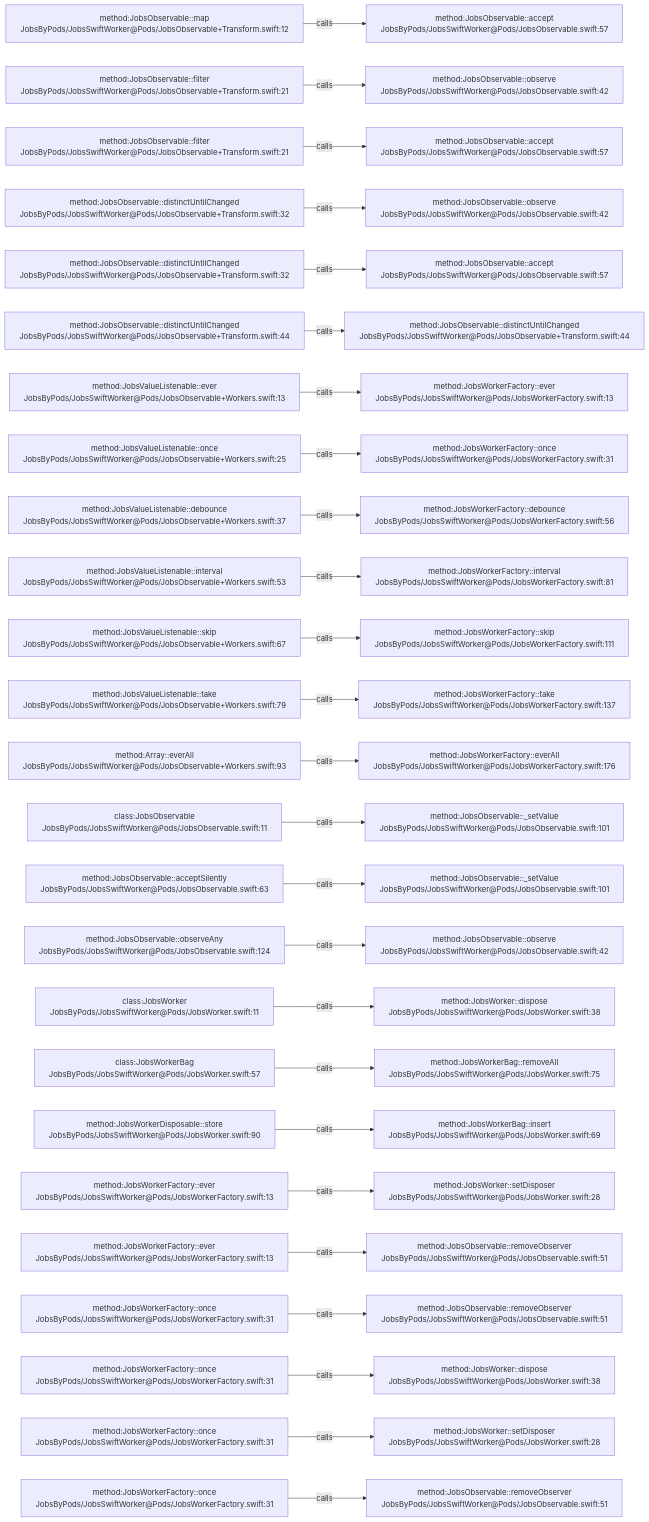
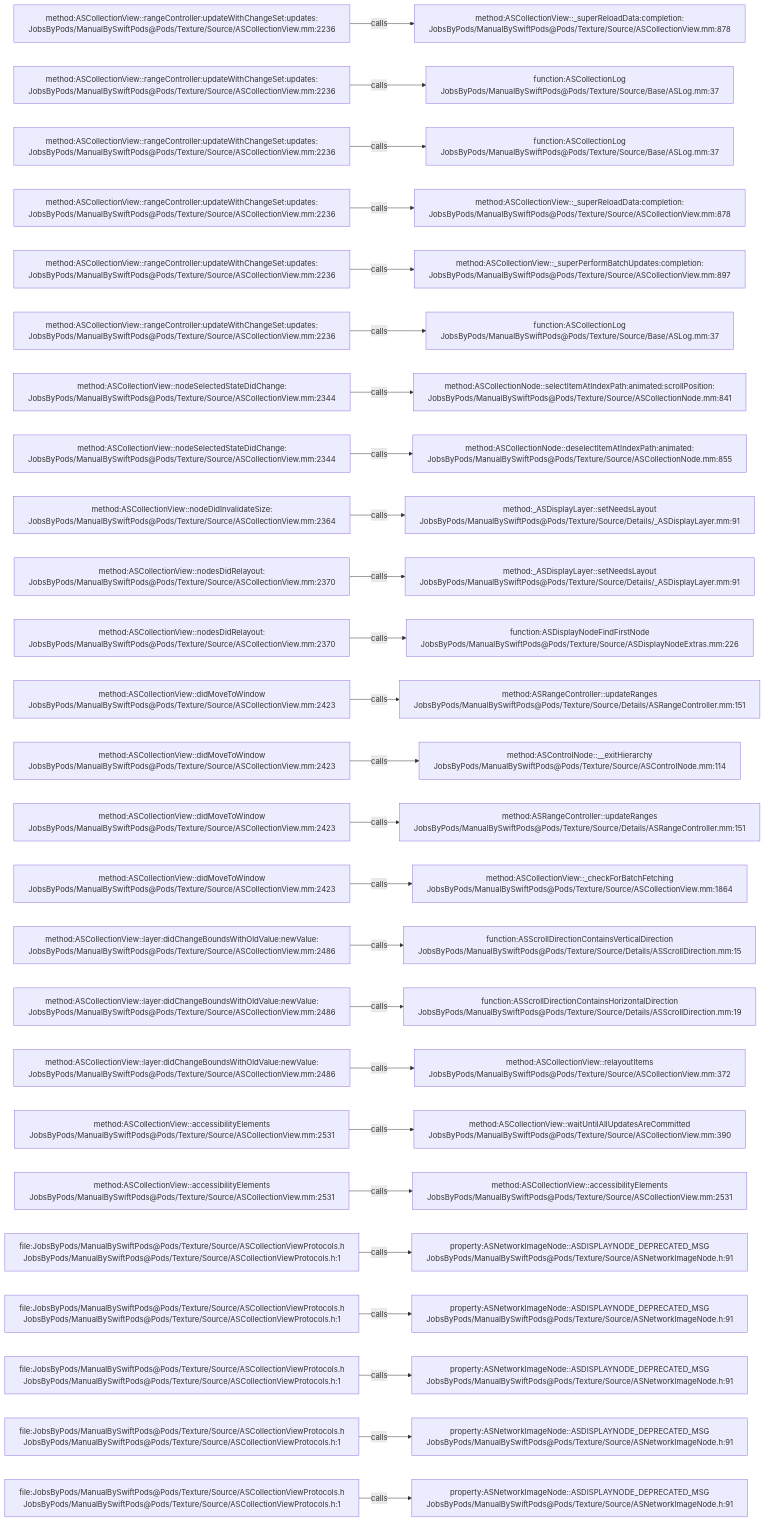
One commit to JobsKits/JobsSwiftBaseConfigDemo changed the diagram in .codegraph/codegraph.md/graphs/calls-015.md. Above: the diagram before and after it, drawn with Mermaid. The commit also changed 832 other files, not shown here.

````diff
--- a/.codegraph/codegraph.md/graphs/calls-015.md
+++ b/.codegraph/codegraph.md/graphs/calls-015.md
@@ -13,78 +13,78 @@
 ```mermaid
 flowchart LR
-  S1["method:JobsObservable::map<br/>JobsByPods/JobsSwiftWorker@Pods/JobsObservable+Transform.swift:12"]
-  T1["method:JobsObservable::accept<br/>JobsByPods/JobsSwiftWorker@Pods/JobsObservable.swift:57"]
+  S1["method:ASCollectionView::rangeController:updateWithChangeSet:updates:<br/>JobsByPods/ManualBySwiftPods@Pods/Texture/Source/ASCollectionView.mm:2236"]
+  T1["method:ASCollectionView::_superReloadData:completion:<br/>JobsByPods/ManualBySwiftPods@Pods/Texture/Source/ASCollectionView.mm:878"]
   S1 -->|calls| T1
-  S2["method:JobsObservable::filter<br/>JobsByPods/JobsSwiftWorker@Pods/JobsObservable+Transform.swift:21"]
-  T2["method:JobsObservable::observe<br/>JobsByPods/JobsSwiftWorker@Pods/JobsObservable.swift:42"]
+  S2["method:ASCollectionView::rangeController:updateWithChangeSet:updates:<br/>JobsByPods/ManualBySwiftPods@Pods/Texture/Source/ASCollectionView.mm:2236"]
+  T2["function:ASCollectionLog<br/>JobsByPods/ManualBySwiftPods@Pods/Texture/Source/Base/ASLog.mm:37"]
   S2 -->|calls| T2
-  S3["method:JobsObservable::filter<br/>JobsByPods/JobsSwiftWorker@Pods/JobsObservable+Transform.swift:21"]
-  T3["method:JobsObservable::accept<br/>JobsByPods/JobsSwiftWorker@Pods/JobsObservable.swift:57"]
+  S3["method:ASCollectionView::rangeController:updateWithChangeSet:updates:<br/>JobsByPods/ManualBySwiftPods@Pods/Texture/Source/ASCollectionView.mm:2236"]
+  T3["function:ASCollectionLog<br/>JobsByPods/ManualBySwiftPods@Pods/Texture/Source/Base/ASLog.mm:37"]
   S3 -->|calls| T3
-  S4["method:JobsObservable::distinctUntilChanged<br/>JobsByPods/JobsSwiftWorker@Pods/JobsObservable+Transform.swift:32"]
-  T4["method:JobsObservable::observe<br/>JobsByPods/JobsSwiftWorker@Pods/JobsObservable.swift:42"]
+  S4["method:ASCollectionView::rangeController:updateWithChangeSet:updates:<br/>JobsByPods/ManualBySwiftPods@Pods/Texture/Source/ASCollectionView.mm:2236"]
+  T4["method:ASCollectionView::_superReloadData:completion:<br/>JobsByPods/ManualBySwiftPods@Pods/Texture/Source/ASCollectionView.mm:878"]
   S4 -->|calls| T4
-  S5["method:JobsObservable::distinctUntilChanged<br/>JobsByPods/JobsSwiftWorker@Pods/JobsObservable+Transform.swift:32"]
-  T5["method:JobsObservable::accept<br/>JobsByPods/JobsSwiftWorker@Pods/JobsObservable.swift:57"]
+  S5["method:ASCollectionView::rangeController:updateWithChangeSet:updates:<br/>JobsByPods/ManualBySwiftPods@Pods/Texture/Source/ASCollectionView.mm:2236"]
+  T5["method:ASCollectionView::_superPerformBatchUpdates:completion:<br/>JobsByPods/ManualBySwiftPods@Pods/Texture/Source/ASCollectionView.mm:897"]
   S5 -->|calls| T5
-  S6["method:JobsObservable::distinctUntilChanged<br/>JobsByPods/JobsSwiftWorker@Pods/JobsObservable+Transform.swift:44"]
-  T6["method:JobsObservable::distinctUntilChanged<br/>JobsByPods/JobsSwiftWorker@Pods/JobsObservable+Transform.swift:44"]
+  S6["method:ASCollectionView::rangeController:updateWithChangeSet:updates:<br/>JobsByPods/ManualBySwiftPods@Pods/Texture/Source/ASCollectionView.mm:2236"]
+  T6["function:ASCollectionLog<br/>JobsByPods/ManualBySwiftPods@Pods/Texture/Source/Base/ASLog.mm:37"]
   S6 -->|calls| T6
-  S7["method:JobsValueListenable::ever<br/>JobsByPods/JobsSwiftWorker@Pods/JobsObservable+Workers.swift:13"]
-  T7["method:JobsWorkerFactory::ever<br/>JobsByPods/JobsSwiftWorker@Pods/JobsWorkerFactory.swift:13"]
+  S7["method:ASCollectionView::nodeSelectedStateDidChange:<br/>JobsByPods/ManualBySwiftPods@Pods/Texture/Source/ASCollectionView.mm:2344"]
+  T7["method:ASCollectionNode::selectItemAtIndexPath:animated:scrollPosition:<br/>JobsByPods/ManualBySwiftPods@Pods/Texture/Source/ASCollectionNode.mm:841"]
   S7 -->|calls| T7
-  S8["method:JobsValueListenable::once<br/>JobsByPods/JobsSwiftWorker@Pods/JobsObservable+Workers.swift:25"]
-  T8["method:JobsWorkerFactory::once<br/>JobsByPods/JobsSwiftWorker@Pods/JobsWorkerFactory.swift:31"]
+  S8["method:ASCollectionView::nodeSelectedStateDidChange:<br/>JobsByPods/ManualBySwiftPods@Pods/Texture/Source/ASCollectionView.mm:2344"]
+  T8["method:ASCollectionNode::deselectItemAtIndexPath:animated:<br/>JobsByPods/ManualBySwiftPods@Pods/Texture/Source/ASCollectionNode.mm:855"]
   S8 -->|calls| T8
-  S9["method:JobsValueListenable::debounce<br/>JobsByPods/JobsSwiftWorker@Pods/JobsObservable+Workers.swift:37"]
-  T9["method:JobsWorkerFactory::debounce<br/>JobsByPods/JobsSwiftWorker@Pods/JobsWorkerFactory.swift:56"]
+  S9["method:ASCollectionView::nodeDidInvalidateSize:<br/>JobsByPods/ManualBySwiftPods@Pods/Texture/Source/ASCollectionView.mm:2364"]
+  T9["method:_ASDisplayLayer::setNeedsLayout<br/>JobsByPods/ManualBySwiftPods@Pods/Texture/Source/Details/_ASDisplayLayer.mm:91"]
   S9 -->|calls| T9
-  S10["method:JobsValueListenable::interval<br/>JobsByPods/JobsSwiftWorker@Pods/JobsObservable+Workers.swift:53"]
-  T10["method:JobsWorkerFactory::interval<br/>JobsByPods/JobsSwiftWorker@Pods/JobsWorkerFactory.swift:81"]
+  S10["method:ASCollectionView::nodesDidRelayout:<br/>JobsByPods/ManualBySwiftPods@Pods/Texture/Source/ASCollectionView.mm:2370"]
+  T10["method:_ASDisplayLayer::setNeedsLayout<br/>JobsByPods/ManualBySwiftPods@Pods/Texture/Source/Details/_ASDisplayLayer.mm:91"]
   S10 -->|calls| T10
-  S11["method:JobsValueListenable::skip<br/>JobsByPods/JobsSwiftWorker@Pods/JobsObservable+Workers.swift:67"]
-  T11["method:JobsWorkerFactory::skip<br/>JobsByPods/JobsSwiftWorker@Pods/JobsWorkerFactory.swift:111"]
+  S11["method:ASCollectionView::nodesDidRelayout:<br/>JobsByPods/ManualBySwiftPods@Pods/Texture/Source/ASCollectionView.mm:2370"]
+  T11["function:ASDisplayNodeFindFirstNode<br/>JobsByPods/ManualBySwiftPods@Pods/Texture/Source/ASDisplayNodeExtras.mm:226"]
   S11 -->|calls| T11
-  S12["method:JobsValueListenable::take<br/>JobsByPods/JobsSwiftWorker@Pods/JobsObservable+Workers.swift:79"]
-  T12["method:JobsWorkerFactory::take<br/>JobsByPods/JobsSwiftWorker@Pods/JobsWorkerFactory.swift:137"]
+  S12["method:ASCollectionView::didMoveToWindow<br/>JobsByPods/ManualBySwiftPods@Pods/Texture/Source/ASCollectionView.mm:2423"]
+  T12["method:ASRangeController::updateRanges<br/>JobsByPods/ManualBySwiftPods@Pods/Texture/Source/Details/ASRangeController.mm:151"]
   S12 -->|calls| T12
-  S13["method:Array::everAll<br/>JobsByPods/JobsSwiftWorker@Pods/JobsObservable+Workers.swift:93"]
-  T13["method:JobsWorkerFactory::everAll<br/>JobsByPods/JobsSwiftWorker@Pods/JobsWorkerFactory.swift:176"]
+  S13["method:ASCollectionView::didMoveToWindow<br/>JobsByPods/ManualBySwiftPods@Pods/Texture/Source/ASCollectionView.mm:2423"]
+  T13["method:ASControlNode::__exitHierarchy<br/>JobsByPods/ManualBySwiftPods@Pods/Texture/Source/ASControlNode.mm:114"]
   S13 -->|calls| T13
-  S14["class:JobsObservable<br/>JobsByPods/JobsSwiftWorker@Pods/JobsObservable.swift:11"]
-  T14["method:JobsObservable::_setValue<br/>JobsByPods/JobsSwiftWorker@Pods/JobsObservable.swift:101"]
+  S14["method:ASCollectionView::didMoveToWindow<br/>JobsByPods/ManualBySwiftPods@Pods/Texture/Source/ASCollectionView.mm:2423"]
+  T14["method:ASRangeController::updateRanges<br/>JobsByPods/ManualBySwiftPods@Pods/Texture/Source/Details/ASRangeController.mm:151"]
   S14 -->|calls| T14
-  S15["method:JobsObservable::acceptSilently<br/>JobsByPods/JobsSwiftWorker@Pods/JobsObservable.swift:63"]
-  T15["method:JobsObservable::_setValue<br/>JobsByPods/JobsSwiftWorker@Pods/JobsObservable.swift:101"]
+  S15["method:ASCollectionView::didMoveToWindow<br/>JobsByPods/ManualBySwiftPods@Pods/Texture/Source/ASCollectionView.mm:2423"]
+  T15["method:ASCollectionView::_checkForBatchFetching<br/>JobsByPods/ManualBySwiftPods@Pods/Texture/Source/ASCollectionView.mm:1864"]
   S15 -->|calls| T15
-  S16["method:JobsObservable::observeAny<br/>JobsByPods/JobsSwiftWorker@Pods/JobsObservable.swift:124"]
-  T16["method:JobsObservable::observe<br/>JobsByPods/JobsSwiftWorker@Pods/JobsObservable.swift:42"]
+  S16["method:ASCollectionView::layer:didChangeBoundsWithOldValue:newValue:<br/>JobsByPods/ManualBySwiftPods@Pods/Texture/Source/ASCollectionView.mm:2486"]
+  T16["function:ASScrollDirectionContainsVerticalDirection<br/>JobsByPods/ManualBySwiftPods@Pods/Texture/Source/Details/ASScrollDirection.mm:15"]
   S16 -->|calls| T16
-  S17["class:JobsWorker<br/>JobsByPods/JobsSwiftWorker@Pods/JobsWorker.swift:11"]
-  T17["method:JobsWorker::dispose<br/>JobsByPods/JobsSwiftWorker@Pods/JobsWorker.swift:38"]
+  S17["method:ASCollectionView::layer:didChangeBoundsWithOldValue:newValue:<br/>JobsByPods/ManualBySwiftPods@Pods/Texture/Source/ASCollectionView.mm:2486"]
+  T17["function:ASScrollDirectionContainsHorizontalDirection<br/>JobsByPods/ManualBySwiftPods@Pods/Texture/Source/Details/ASScrollDirection.mm:19"]
   S17 -->|calls| T17
-  S18["class:JobsWorkerBag<br/>JobsByPods/JobsSwiftWorker@Pods/JobsWorker.swift:57"]
-  T18["method:JobsWorkerBag::removeAll<br/>JobsByPods/JobsSwiftWorker@Pods/JobsWorker.swift:75"]
+  S18["method:ASCollectionView::layer:didChangeBoundsWithOldValue:newValue:<br/>JobsByPods/ManualBySwiftPods@Pods/Texture/Source/ASCollectionView.mm:2486"]
+  T18["method:ASCollectionView::relayoutItems<br/>JobsByPods/ManualBySwiftPods@Pods/Texture/Source/ASCollectionView.mm:372"]
   S18 -->|calls| T18
-  S19["method:JobsWorkerDisposable::store<br/>JobsByPods/JobsSwiftWorker@Pods/JobsWorker.swift:90"]
-  T19["method:JobsWorkerBag::insert<br/>JobsByPods/JobsSwiftWorker@Pods/JobsWorker.swift:69"]
+  S19["method:ASCollectionView::accessibilityElements<br/>JobsByPods/ManualBySwiftPods@Pods/Texture/Source/ASCollectionView.mm:2531"]
+  T19["method:ASCollectionView::waitUntilAllUpdatesAreCommitted<br/>JobsByPods/ManualBySwiftPods@Pods/Texture/Source/ASCollectionView.mm:390"]
   S19 -->|calls| T19
-  S20["method:JobsWorkerFactory::ever<br/>JobsByPods/JobsSwiftWorker@Pods/JobsWorkerFactory.swift:13"]
-  T20["method:JobsWorker::setDisposer<br/>JobsByPods/JobsSwiftWorker@Pods/JobsWorker.swift:28"]
+  S20["method:ASCollectionView::accessibilityElements<br/>JobsByPods/ManualBySwiftPods@Pods/Texture/Source/ASCollectionView.mm:2531"]
+  T20["method:ASCollectionView::accessibilityElements<br/>JobsByPods/ManualBySwiftPods@Pods/Texture/Source/ASCollectionView.mm:2531"]
   S20 -->|calls| T20
-  S21["method:JobsWorkerFactory::ever<br/>JobsByPods/JobsSwiftWorker@Pods/JobsWorkerFactory.swift:13"]
-  T21["method:JobsObservable::removeObserver<br/>JobsByPods/JobsSwiftWorker@Pods/JobsObservable.swift:51"]
+  S21["file:JobsByPods/ManualBySwiftPods@Pods/Texture/Source/ASCollectionViewProtocols.h<br/>JobsByPods/ManualBySwiftPods@Pods/Texture/Source/ASCollectionViewProtocols.h:1"]
+  T21["property:ASNetworkImageNode::ASDISPLAYNODE_DEPRECATED_MSG<br/>JobsByPods/ManualBySwiftPods@Pods/Texture/Source/ASNetworkImageNode.h:91"]
   S21 -->|calls| T21
-  S22["method:JobsWorkerFactory::once<br/>JobsByPods/JobsSwiftWorker@Pods/JobsWorkerFactory.swift:31"]
-  T22["method:JobsObservable::removeObserver<br/>JobsByPods/JobsSwiftWorker@Pods/JobsObservable.swift:51"]
+  S22["file:JobsByPods/ManualBySwiftPods@Pods/Texture/Source/ASCollectionViewProtocols.h<br/>JobsByPods/ManualBySwiftPods@Pods/Texture/Source/ASCollectionViewProtocols.h:1"]
+  T22["property:ASNetworkImageNode::ASDISPLAYNODE_DEPRECATED_MSG<br/>JobsByPods/ManualBySwiftPods@Pods/Texture/Source/ASNetworkImageNode.h:91"]
   S22 -->|calls| T22
-  S23["method:JobsWorkerFactory::once<br/>JobsByPods/JobsSwiftWorker@Pods/JobsWorkerFactory.swift:31"]
-  T23["method:JobsWorker::dispose<br/>JobsByPods/JobsSwiftWorker@Pods/JobsWorker.swift:38"]
+  S23["file:JobsByPods/ManualBySwiftPods@Pods/Texture/Source/ASCollectionViewProtocols.h<br/>JobsByPods/ManualBySwiftPods@Pods/Texture/Source/ASCollectionViewProtocols.h:1"]
+  T23["property:ASNetworkImageNode::ASDISPLAYNODE_DEPRECATED_MSG<br/>JobsByPods/ManualBySwiftPods@Pods/Texture/Source/ASNetworkImageNode.h:91"]
   S23 -->|calls| T23
-  S24["method:JobsWorkerFactory::once<br/>JobsByPods/JobsSwiftWorker@Pods/JobsWorkerFactory.swift:31"]
-  T24["method:JobsWorker::setDisposer<br/>JobsByPods/JobsSwiftWorker@Pods/JobsWorker.swift:28"]
+  S24["file:JobsByPods/ManualBySwiftPods@Pods/Texture/Source/ASCollectionViewProtocols.h<br/>JobsByPods/ManualBySwiftPods@Pods/Texture/Source/ASCollectionViewProtocols.h:1"]
+  T24["property:ASNetworkImageNode::ASDISPLAYNODE_DEPRECATED_MSG<br/>JobsByPods/ManualBySwiftPods@Pods/Texture/Source/ASNetworkImageNode.h:91"]
   S24 -->|calls| T24
-  S25["method:JobsWorkerFactory::once<br/>JobsByPods/JobsSwiftWorker@Pods/JobsWorkerFactory.swift:31"]
-  T25["method:JobsObservable::removeObserver<br/>JobsByPods/JobsSwiftWorker@Pods/JobsObservable.swift:51"]
+  S25["file:JobsByPods/ManualBySwiftPods@Pods/Texture/Source/ASCollectionViewProtocols.h<br/>JobsByPods/ManualBySwiftPods@Pods/Texture/Source/ASCollectionViewProtocols.h:1"]
+  T25["property:ASNetworkImageNode::ASDISPLAYNODE_DEPRECATED_MSG<br/>JobsByPods/ManualBySwiftPods@Pods/Texture/Source/ASNetworkImageNode.h:91"]
   S25 -->|calls| T25
 ```
````
